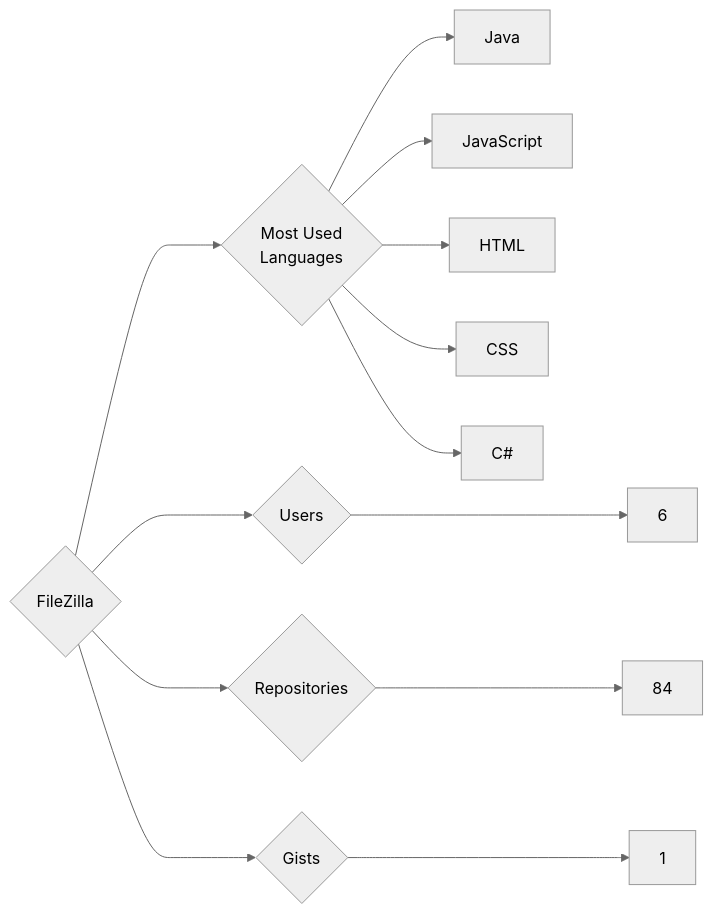
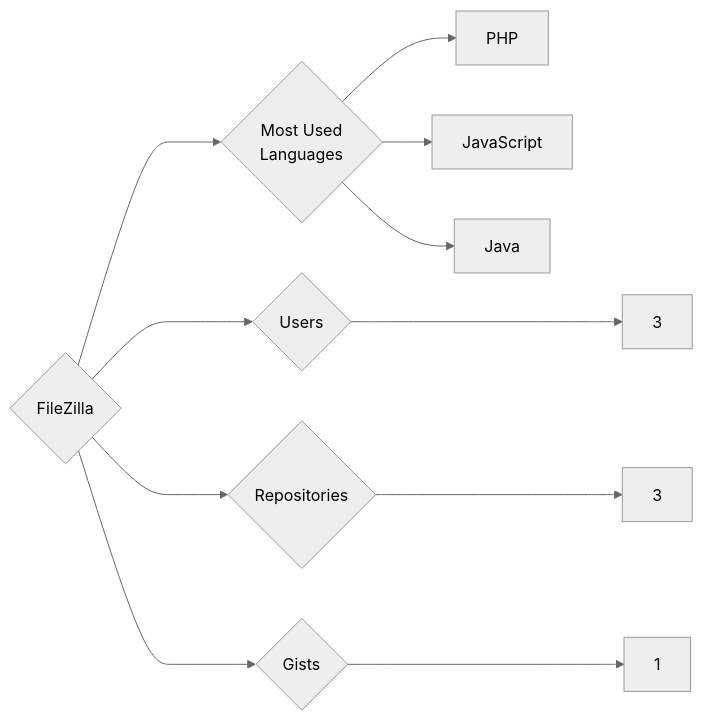
The diagram in targets/FileZilla/README.md (trickest/insiders), drawn with Mermaid (neutral theme) before and after one commit. The commit also changed 880 other files, not shown here.

````diff
--- a/targets/FileZilla/README.md
+++ b/targets/FileZilla/README.md
@@ -3,13 +3,11 @@
 ```mermaid
 graph LR
 COMPANY_NAME{FileZilla}
-COMPANY_NAME ---> U{Users} ---> UN[6]
-COMPANY_NAME ---> R{Repositories} ---> RN[84]
+COMPANY_NAME ---> U{Users} ---> UN[3]
+COMPANY_NAME ---> R{Repositories} ---> RN[3]
 COMPANY_NAME ---> G{Gists} ---> GN[1]
 COMPANY_NAME ---> ML{Most Used<br>Languages}
+ML --> PHP[PHP]
+ML --> JavaScript[JavaScript]
 ML --> Java[Java]
-ML --> JavaScript[JavaScript]
-ML --> HTML[HTML]
-ML --> CSS[CSS]
-ML --> C#[C#]
 ```
````
